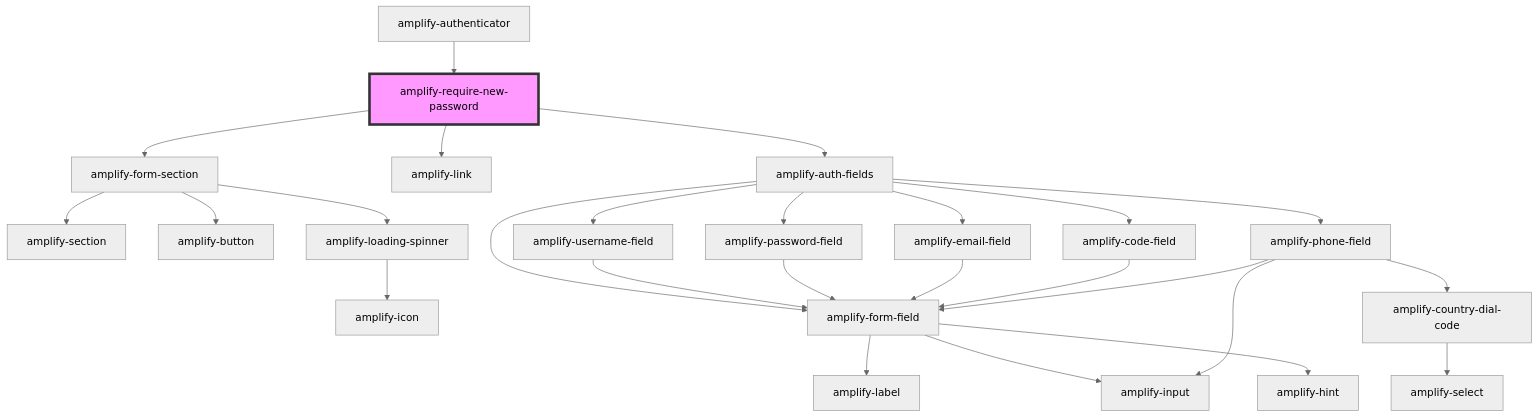
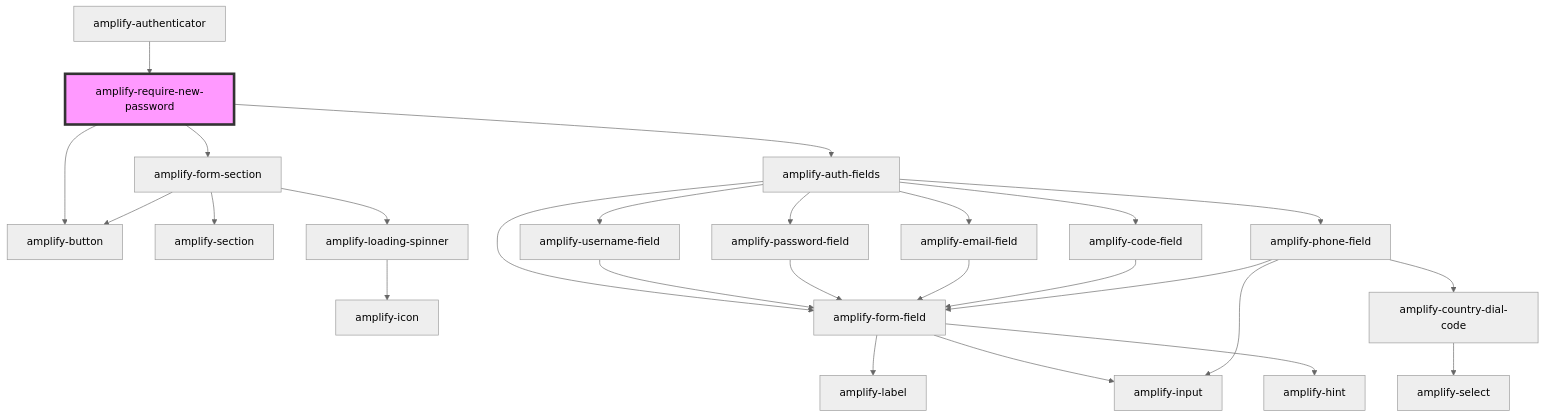
The diagram in packages/amplify-ui-components/src/components/amplify-require-new-password/readme.md (OneDev0411/amplify-js), drawn with Mermaid (neutral theme) before and after one commit. The commit also changed other lines of this file and 27 other files, not shown here.

````diff
--- a/packages/amplify-ui-components/src/components/amplify-require-new-password/readme.md
+++ b/packages/amplify-ui-components/src/components/amplify-require-new-password/readme.md
@@ -31,29 +31,29 @@
 ```mermaid
 graph TD;
   amplify-require-new-password --> amplify-form-section
-  amplify-require-new-password --> amplify-link
+  amplify-require-new-password --> amplify-button
   amplify-require-new-password --> amplify-auth-fields
   amplify-form-section --> amplify-section
   amplify-form-section --> amplify-button
   amplify-form-section --> amplify-loading-spinner
   amplify-loading-spinner --> amplify-icon
   amplify-auth-fields --> amplify-username-field
   amplify-auth-fields --> amplify-password-field
   amplify-auth-fields --> amplify-email-field
   amplify-auth-fields --> amplify-code-field
   amplify-auth-fields --> amplify-phone-field
   amplify-auth-fields --> amplify-form-field
   amplify-username-field --> amplify-form-field
   amplify-form-field --> amplify-label
   amplify-form-field --> amplify-input
   amplify-form-field --> amplify-hint
   amplify-password-field --> amplify-form-field
   amplify-email-field --> amplify-form-field
   amplify-code-field --> amplify-form-field
   amplify-phone-field --> amplify-form-field
   amplify-phone-field --> amplify-country-dial-code
   amplify-phone-field --> amplify-input
   amplify-country-dial-code --> amplify-select
   amplify-authenticator --> amplify-require-new-password
   style amplify-require-new-password fill:#f9f,stroke:#333,stroke-width:4px
 ```
````
